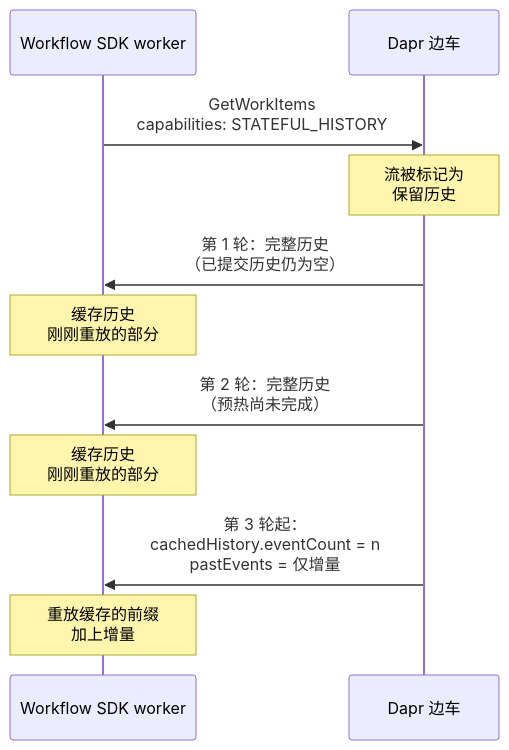
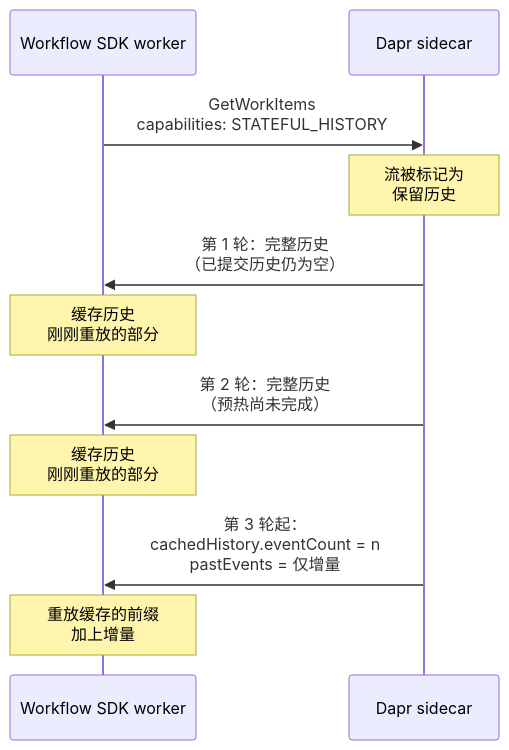
Before and after one commit to dapr/docs-zh: the diagram in translated_content/zh_CN/docs/developing-applications/building-blocks/workflow/workflow-stateful-client.md, drawn with Mermaid. The commit also changed other lines of this file and 151 other files, not shown here.

```diff
--- a/translated_content/zh_CN/docs/developing-applications/building-blocks/workflow/workflow-stateful-client.md
+++ b/translated_content/zh_CN/docs/developing-applications/building-blocks/workflow/workflow-stateful-client.md
@@ -37,13 +37,13 @@
 {{< mermaid >}}
 sequenceDiagram
     participant W as Workflow SDK worker
-    participant S as Dapr 边车
+    participant S as Dapr sidecar
     W->>S: GetWorkItems<br/>capabilities: STATEFUL_HISTORY
     Note over S: 流被标记为<br/>保留历史
     S->>W: 第 1 轮：完整历史<br/>（已提交历史仍为空）
     Note over W: 缓存历史<br/>刚刚重放的部分
     S->>W: 第 2 轮：完整历史<br/>（预热尚未完成）
     Note over W: 缓存历史<br/>刚刚重放的部分
     S->>W: 第 3 轮起：<br/>cachedHistory.eventCount = n<br/>pastEvents = 仅增量
     Note over W: 重放缓存的前缀<br/>加上增量
 {{< /mermaid >}}
```
